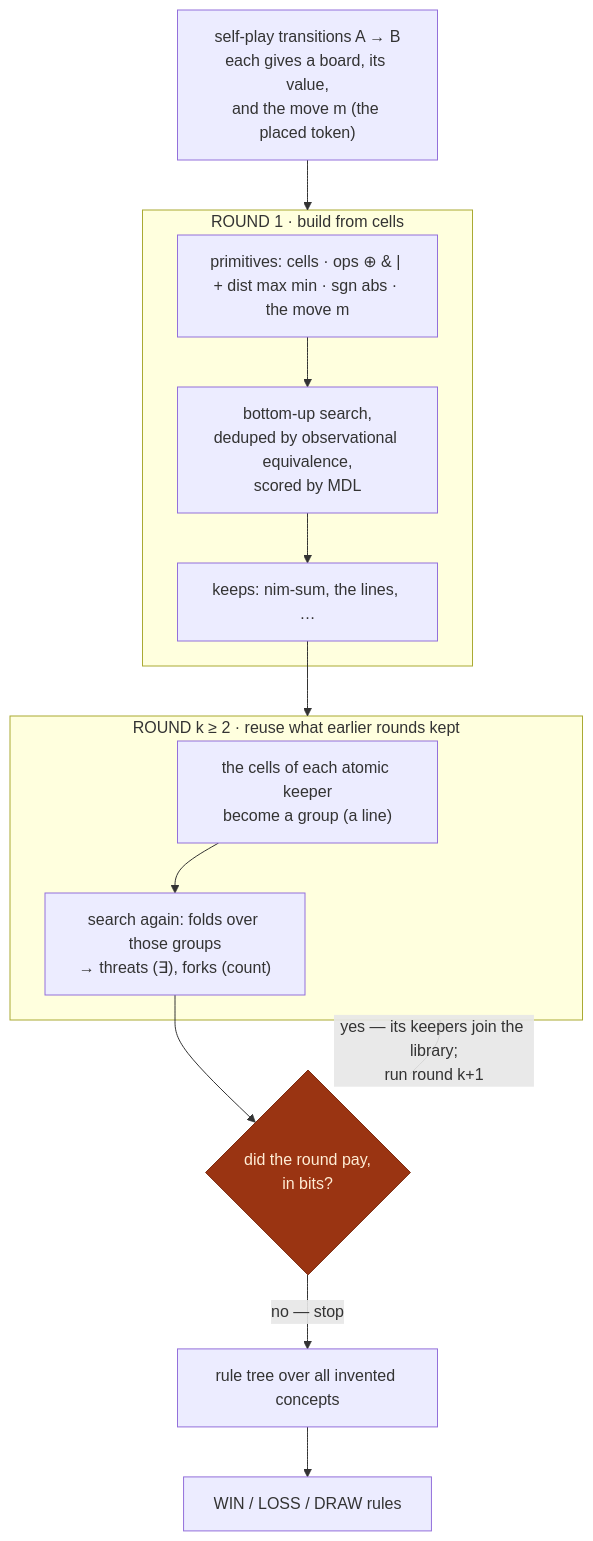
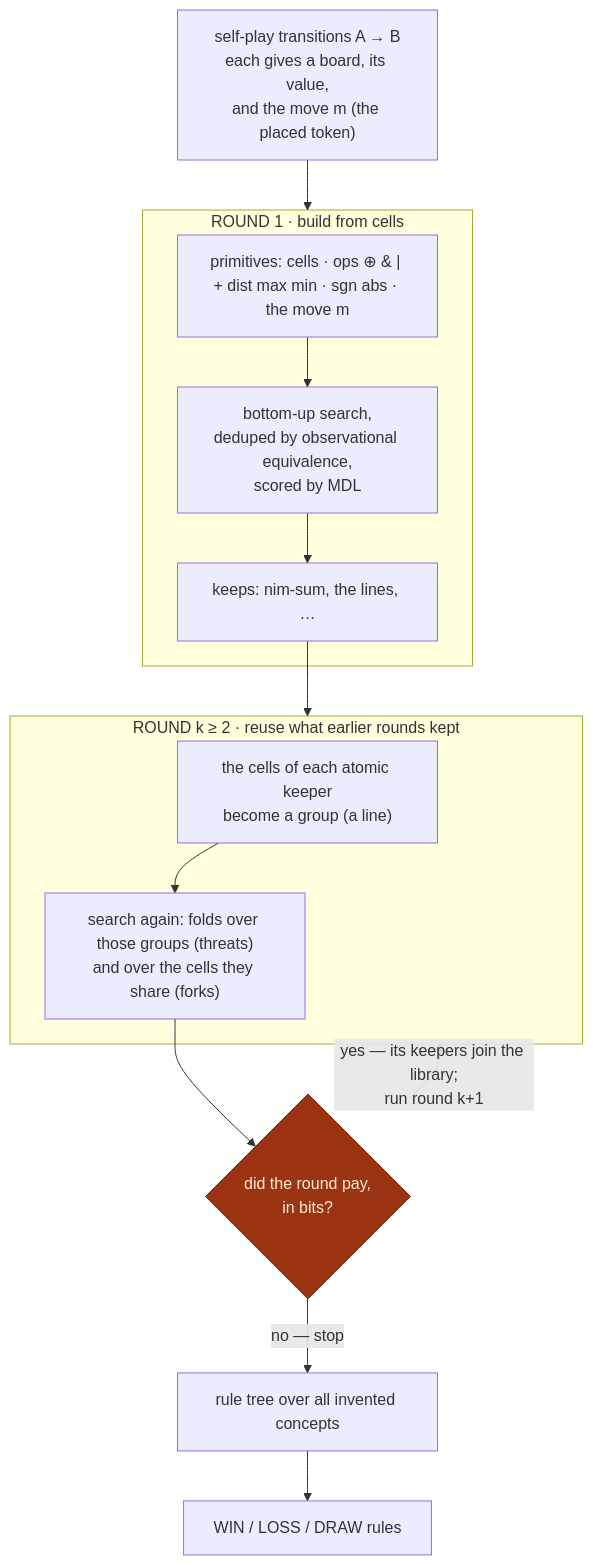
The first of 3 diagrams in docs/concept-invention.md (MatheweB/WiseExplorer), drawn with Mermaid before and after one commit. The commit also changed other lines of this file and 5 other files, not shown here.

First line of the commit message:
Add cell-incidence fold domain: forks become expressible

````diff
--- a/docs/concept-invention.md
+++ b/docs/concept-invention.md
@@ -215,18 +237,18 @@
 ```mermaid
 flowchart TD
     classDef gate fill:#9a3412,stroke:#7c2d12,color:#ffedd5
     D["self-play transitions A → B<br/>each gives a board, its value,<br/>and the move m (the placed token)"] --> R1
     subgraph R1["ROUND 1 · build from cells"]
       P["primitives: cells · ops ⊕ &amp; | + dist max min · sgn abs · the move m"]
       P --> S["bottom-up search,<br/>deduped by observational equivalence,<br/>scored by MDL"]
       S --> L["keeps: nim-sum, the lines, …"]
     end
     L --> R2
     subgraph R2["ROUND k ≥ 2 · reuse what earlier rounds kept"]
-      RU["the cells of each atomic keeper<br/>become a group (a line)"] --> C["search again: folds over those groups<br/>→ threats (∃), forks (count)"]
+      RU["the cells of each atomic keeper<br/>become a group (a line)"] --> C["search again: folds over those groups (threats)<br/>and over the cells they share (forks)"]
     end
     C --> G{"did the round pay,<br/>in bits?"}
     G -->|"yes — its keepers join the library;<br/>run round k+1"| R2
     G -->|"no — stop"| TR["rule tree over all invented concepts"] --> OUT["WIN / LOSS / DRAW rules"]
     class G gate
 ```
````
